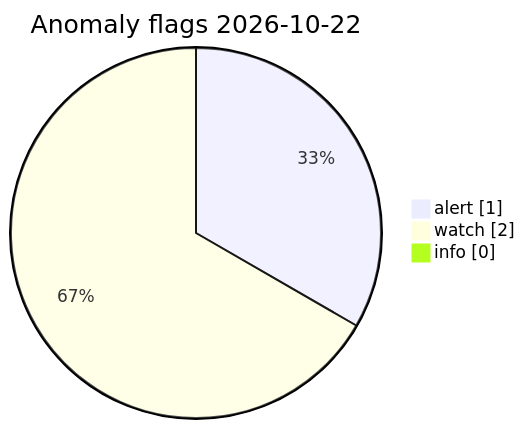
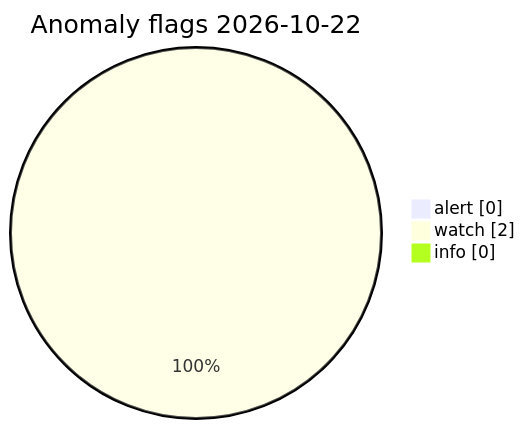
Before and after one commit to Midwest-Stratospheric/Unified-Open-Global-Weather: the diagram in visuals/latest/CHARTS.md, drawn with Mermaid. The commit also changed other lines of this file and 13 other files, not shown here.

Commit message:
data(visuals): automated charts 2026-10-22T14:47Z

````diff
--- a/visuals/latest/CHARTS.md
+++ b/visuals/latest/CHARTS.md
@@ -73,7 +73,7 @@
 ```mermaid
 pie showData
   title Anomaly flags 2026-10-22
-  "alert" : 1
+  "alert" : 0
   "watch" : 2
   "info" : 0
 ```
````
